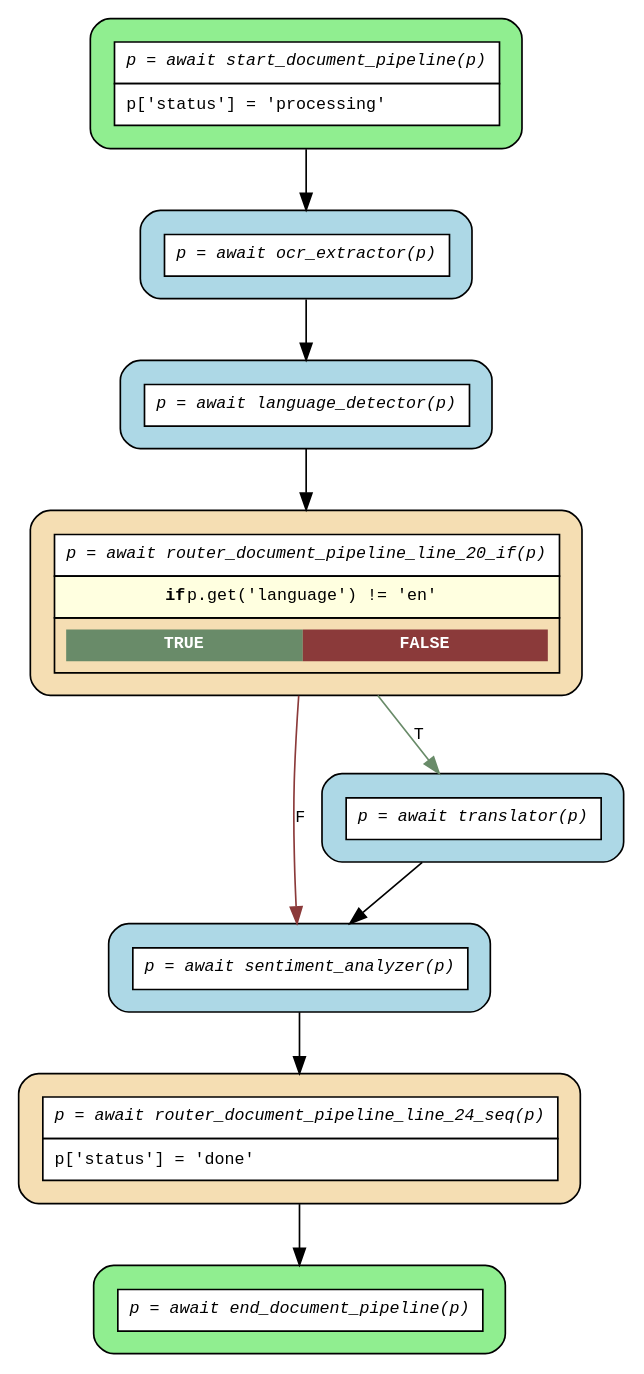
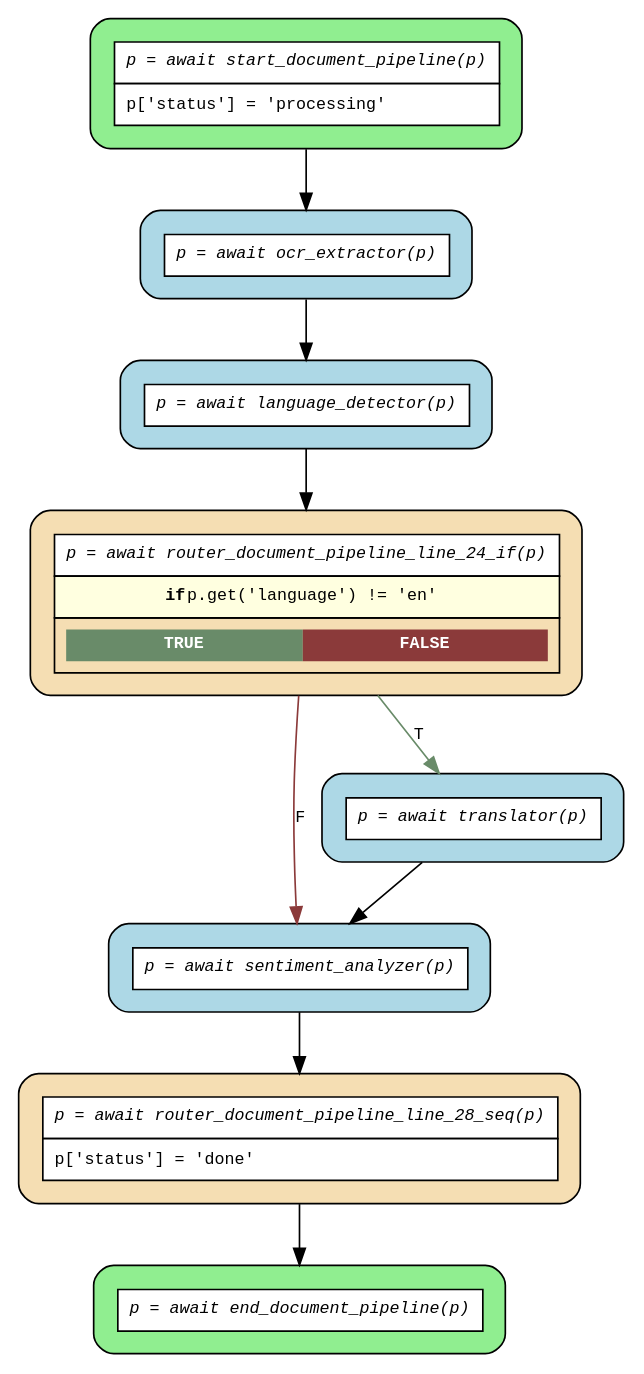
The diagram in examples/flows/compiled/with_asyncio_timeout/flow.dot (deliveryhero/asya), drawn with Graphviz before and after one commit. The commit also changed 252 other files, not shown here.

First line of the commit message:
fix(flow): add @flow decorator requirement to flow entry points

```diff
--- a/examples/flows/compiled/with_asyncio_timeout/flow.dot
+++ b/examples/flows/compiled/with_asyncio_timeout/flow.dot
@@ -1,24 +1,24 @@
 digraph flow {
   rankdir=TB;
   graph [fontname="Courier", fontsize=10];
   node [fontname="Courier", fontsize=10, shape=box, style="filled,rounded", margin="0.2"];
   edge [fontname="Courier", fontsize=10];
 
   start_document_pipeline [fillcolor="lightgreen", group="main", label=<<table border="0" cellspacing="0" cellpadding="6" cellborder="1"><tr><td bgcolor="white" align="center"><i>p = await start_document_pipeline(p)</i></td></tr><tr><td bgcolor="white" align="left">p['status'] = 'processing'</td></tr></table>>];
-  router_document_pipeline_line_24_seq [fillcolor="wheat", group="main", label=<<table border="0" cellspacing="0" cellpadding="6" cellborder="1"><tr><td bgcolor="white" align="center"><i>p = await router_document_pipeline_line_24_seq(p)</i></td></tr><tr><td bgcolor="white" align="left">p['status'] = 'done'</td></tr></table>>];
-  router_document_pipeline_line_20_if [fillcolor="wheat", group="main", label=<<table border="0" cellspacing="0" cellpadding="6" cellborder="1"><tr><td bgcolor="white" align="center"><i>p = await router_document_pipeline_line_20_if(p)</i></td></tr><tr><td bgcolor="lightyellow"><b>if</b> p.get('language') != 'en'</td></tr><tr><td><table border="0" cellspacing="0" cellpadding="4"><tr><td bgcolor="darkseagreen4"><font color="white"><b>TRUE</b></font></td><td bgcolor="indianred4"><font color="white"><b>FALSE</b></font></td></tr></table></td></tr></table>>];
+  router_document_pipeline_line_28_seq [fillcolor="wheat", group="main", label=<<table border="0" cellspacing="0" cellpadding="6" cellborder="1"><tr><td bgcolor="white" align="center"><i>p = await router_document_pipeline_line_28_seq(p)</i></td></tr><tr><td bgcolor="white" align="left">p['status'] = 'done'</td></tr></table>>];
+  router_document_pipeline_line_24_if [fillcolor="wheat", group="main", label=<<table border="0" cellspacing="0" cellpadding="6" cellborder="1"><tr><td bgcolor="white" align="center"><i>p = await router_document_pipeline_line_24_if(p)</i></td></tr><tr><td bgcolor="lightyellow"><b>if</b> p.get('language') != 'en'</td></tr><tr><td><table border="0" cellspacing="0" cellpadding="4"><tr><td bgcolor="darkseagreen4"><font color="white"><b>TRUE</b></font></td><td bgcolor="indianred4"><font color="white"><b>FALSE</b></font></td></tr></table></td></tr></table>>];
   end_document_pipeline [fillcolor="lightgreen", group="main", label=<<table border="0" cellspacing="0" cellpadding="6" cellborder="1"><tr><td bgcolor="white" align="center"><i>p = await end_document_pipeline(p)</i></td></tr></table>>];
   language_detector [fillcolor="lightblue", label=<<table border="0" cellspacing="0" cellpadding="6" cellborder="1"><tr><td bgcolor="white" align="center"><i>p = await language_detector(p)</i></td></tr></table>>];
   ocr_extractor [fillcolor="lightblue", label=<<table border="0" cellspacing="0" cellpadding="6" cellborder="1"><tr><td bgcolor="white" align="center"><i>p = await ocr_extractor(p)</i></td></tr></table>>];
   sentiment_analyzer [fillcolor="lightblue", label=<<table border="0" cellspacing="0" cellpadding="6" cellborder="1"><tr><td bgcolor="white" align="center"><i>p = await sentiment_analyzer(p)</i></td></tr></table>>];
   translator [fillcolor="lightblue", label=<<table border="0" cellspacing="0" cellpadding="6" cellborder="1"><tr><td bgcolor="white" align="center"><i>p = await translator(p)</i></td></tr></table>>];
 
-  language_detector -> router_document_pipeline_line_20_if;
+  language_detector -> router_document_pipeline_line_24_if;
   ocr_extractor -> language_detector;
-  router_document_pipeline_line_20_if -> sentiment_analyzer [label="F", color=indianred4];
-  router_document_pipeline_line_20_if -> translator [label="T", color=darkseagreen4];
-  router_document_pipeline_line_24_seq -> end_document_pipeline;
-  sentiment_analyzer -> router_document_pipeline_line_24_seq;
+  router_document_pipeline_line_24_if -> sentiment_analyzer [label="F", color=indianred4];
+  router_document_pipeline_line_24_if -> translator [label="T", color=darkseagreen4];
+  router_document_pipeline_line_28_seq -> end_document_pipeline;
+  sentiment_analyzer -> router_document_pipeline_line_28_seq;
   start_document_pipeline -> ocr_extractor;
   translator -> sentiment_analyzer;
 }
```
